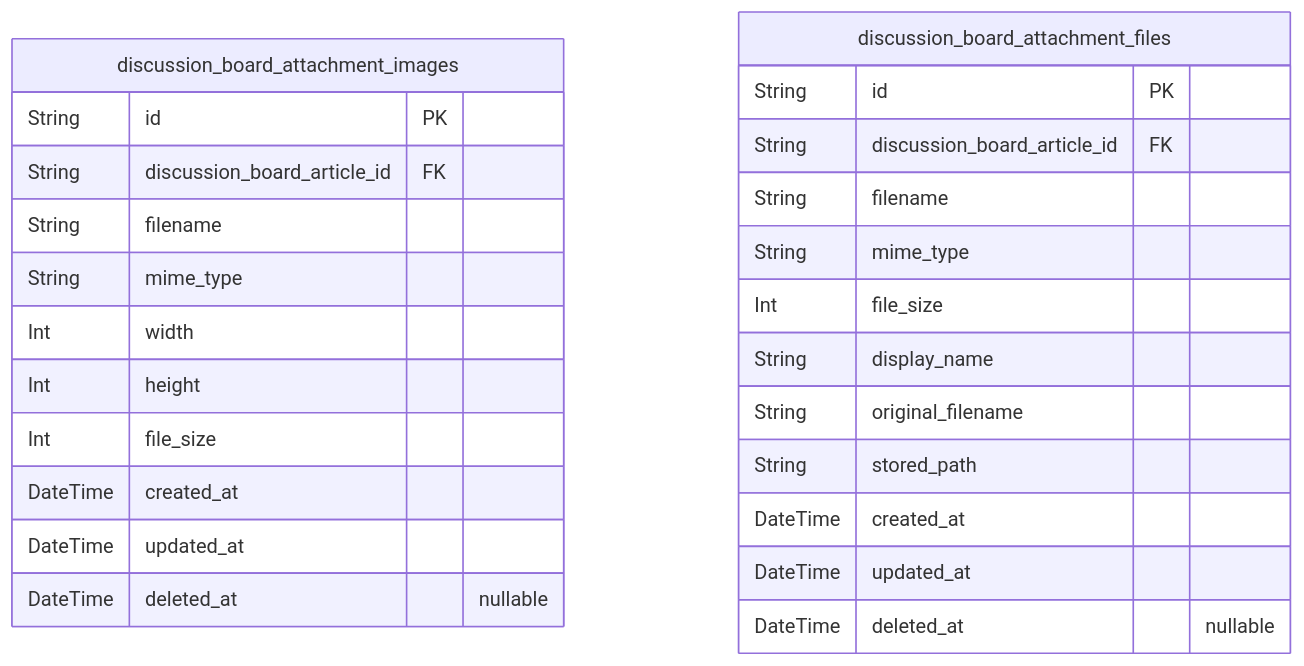
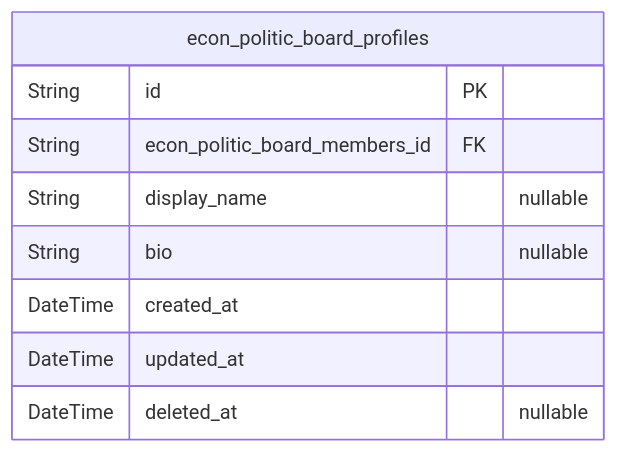
Before and after one commit to wrtnlabs/autobe-examples: the fifth of 6 diagrams in qwen/qwen3-30b-a3b-thinking-2507/bbs/docs/ERD.md, drawn with Mermaid. The commit also changed other lines of this file and 9391 other files, not shown here.

````diff
--- a/qwen/qwen3-30b-a3b-thinking-2507/bbs/docs/ERD.md
+++ b/qwen/qwen3-30b-a3b-thinking-2507/bbs/docs/ERD.md
@@ -386,28 +620,12 @@
 ```mermaid
 erDiagram
-"discussion_board_attachment_images" {
+"econ_politic_board_profiles" {
   String id PK
-  String discussion_board_article_id FK
-  String filename
-  String mime_type
-  Int width
-  Int height
-  Int file_size
-  DateTime created_at
-  DateTime updated_at
-  DateTime deleted_at "nullable"
-}
-"discussion_board_attachment_files" {
-  String id PK
-  String discussion_board_article_id FK
-  String filename
-  String mime_type
-  Int file_size
-  String display_name
-  String original_filename
-  String stored_path
+  String econ_politic_board_members_id FK
+  String display_name "nullable"
+  String bio "nullable"
   DateTime created_at
   DateTime updated_at
   DateTime deleted_at "nullable"
 }
 ```
````
